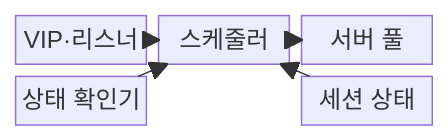
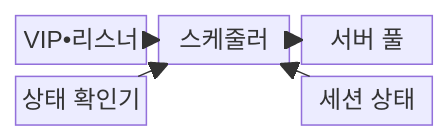
The first of 2 diagrams in src/content/docs/notes/04-network/019_load_balancer_l4_l7.md (agnusdei1207/knowledge-base), drawn with Mermaid before and after one commit. The commit also changed other lines of this file and 953 other files, not shown here.

````diff
--- a/src/content/docs/notes/04-network/019_load_balancer_l4_l7.md
+++ b/src/content/docs/notes/04-network/019_load_balancer_l4_l7.md
@@ -67,14 +67,14 @@
 ```mermaid
 block-beta
     columns 3
-    VIP["VIP·리스너"]
+    VIP["VIP•리스너"]
     SCH["스케줄러"]
     POOL["서버 풀"]
     HC["상태 확인기"]
     space
     SESSION["세션 상태"]
     VIP --> SCH
     SCH --> POOL
     HC --> SCH
     SESSION --> SCH
 ```
````
